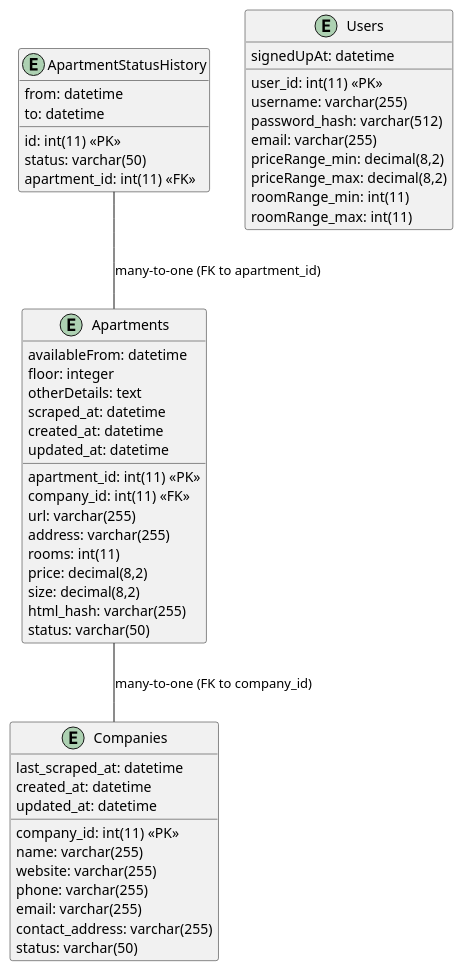
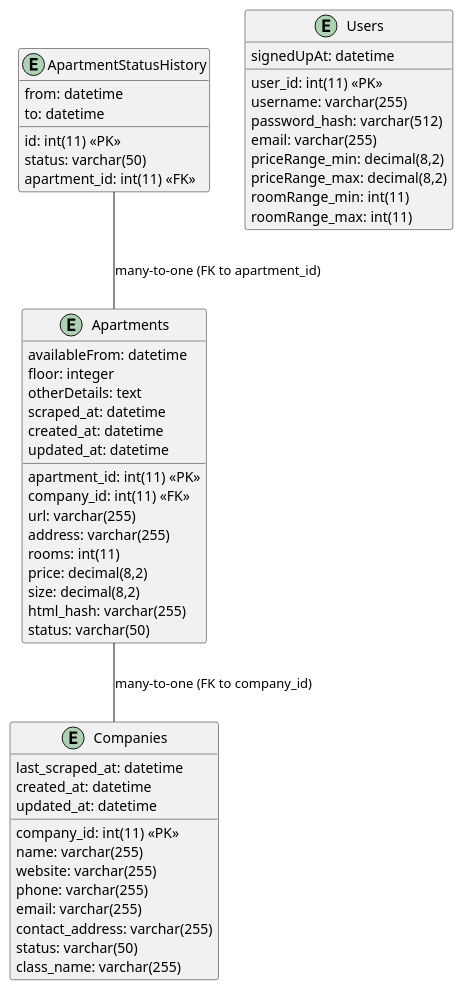
The diagram in docs/02_Plannung/sql_schema.iuml (danyambuehl/ITCNE23-SEM-Ill), drawn with PlantUML before and after one commit. The commit also changed 6 other files, not shown here.

Commit message:
mermaid update and gitlab

```diff
--- a/docs/02_Plannung/sql_schema.iuml
+++ b/docs/02_Plannung/sql_schema.iuml
@@ -1,59 +1,60 @@
 @startuml
 top to bottom direction
 
 entity "Companies" as companies {
   company_id: int(11) <<PK>>
   name: varchar(255)
   website: varchar(255)
   last_scraped_at: datetime
   phone: varchar(255)
   email: varchar(255)
   contact_address: varchar(255)
   status: varchar(50)
   created_at: datetime
   updated_at: datetime
+  class_name: varchar(255)
 }
 
 entity "Apartments" as apartments {
   apartment_id: int(11) <<PK>>
   company_id: int(11) <<FK>>
   url: varchar(255)
   address: varchar(255)
   rooms: int(11)
   availableFrom: datetime
   price: decimal(8,2)
   size: decimal(8,2)
   floor: integer
   otherDetails: text
   html_hash: varchar(255)
   scraped_at: datetime
   status: varchar(50)
   created_at: datetime
   updated_at: datetime
 }
 
 entity "ApartmentStatusHistory" as apartmentStatusHistory {
   id: int(11) <<PK>>
   status: varchar(50)
   from: datetime
   to: datetime
   apartment_id: int(11) <<FK>>
 }
 
 entity "Users" as users {
   user_id: int(11) <<PK>>
   username: varchar(255)
   password_hash: varchar(512)
   email: varchar(255)
   signedUpAt: datetime
   priceRange_min: decimal(8,2)
   priceRange_max: decimal(8,2)
   roomRange_min: int(11)
   roomRange_max: int(11)
 }
 
 ' Define relationships
 apartments -- companies : "many-to-one (FK to company_id)"
 apartmentStatusHistory -- apartments : "many-to-one (FK to apartment_id)"
 
 @enduml
```
